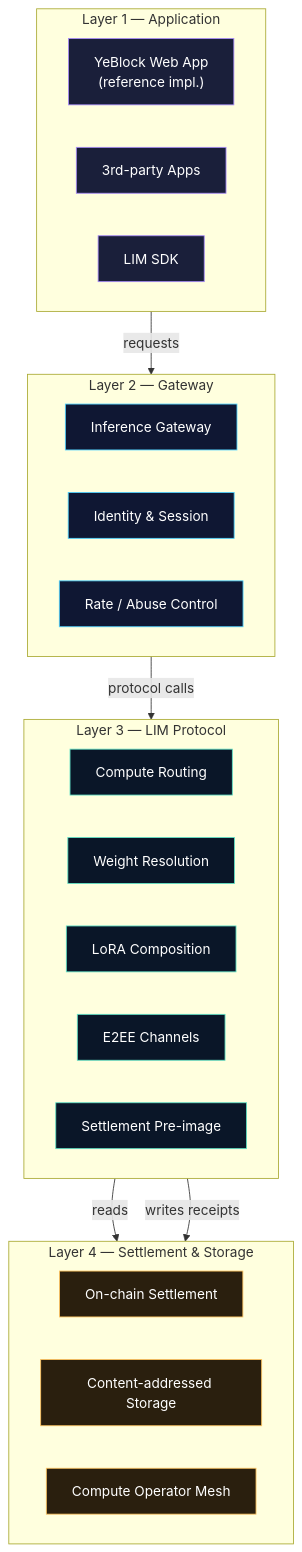
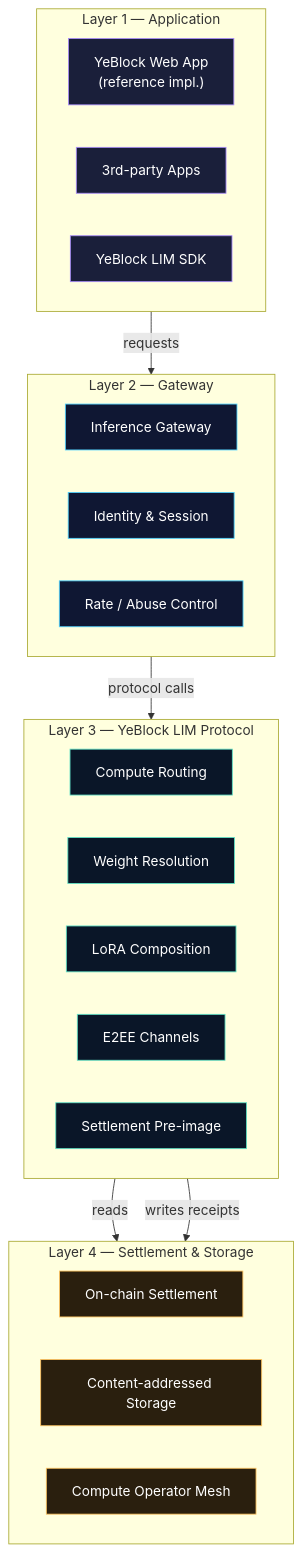
One commit to yeblocklim/YeBlock changed the first of 2 diagrams in ARCHITECTURE.md. Above: the diagram before and after it, drawn with Mermaid. The commit also changed other lines of this file and 21 other files, not shown here.

````diff
--- a/ARCHITECTURE.md
+++ b/ARCHITECTURE.md
@@ -92,47 +92,47 @@
 ```mermaid
 flowchart TB
     subgraph L1["Layer 1 — Application"]
         direction LR
         WEB["YeBlock Web App<br/>(reference impl.)"]
         APP["3rd-party Apps"]
-        SDK["LIM SDK"]
+        SDK["YeBlock LIM SDK"]
     end
 
     subgraph L2["Layer 2 — Gateway"]
         direction LR
         GW1["Inference Gateway"]
         GW2["Identity & Session"]
         GW3["Rate / Abuse Control"]
     end
 
-    subgraph L3["Layer 3 — LIM Protocol"]
+    subgraph L3["Layer 3 — YeBlock LIM Protocol"]
         direction LR
         PR1["Compute Routing"]
         PR2["Weight Resolution"]
         PR3["LoRA Composition"]
         PR4["E2EE Channels"]
         PR5["Settlement Pre-image"]
     end
 
     subgraph L4["Layer 4 — Settlement & Storage"]
         direction LR
         S1["On-chain Settlement"]
         S2["Content-addressed Storage"]
         S3["Compute Operator Mesh"]
     end
 
     L1 -->|requests| L2
     L2 -->|protocol calls| L3
     L3 -->|reads| L4
     L3 -->|writes receipts| L4
 
     classDef l1 fill:#1a1f3a,stroke:#a78bfa,color:#fff
     classDef l2 fill:#0f1733,stroke:#4dd2ff,color:#fff
     classDef l3 fill:#0a1628,stroke:#5fe2c6,color:#fff
     classDef l4 fill:#2a1f0e,stroke:#ffc460,color:#fff
 
     class WEB,APP,SDK l1
     class GW1,GW2,GW3 l2
     class PR1,PR2,PR3,PR4,PR5 l3
     class S1,S2,S3 l4
 ```
````
